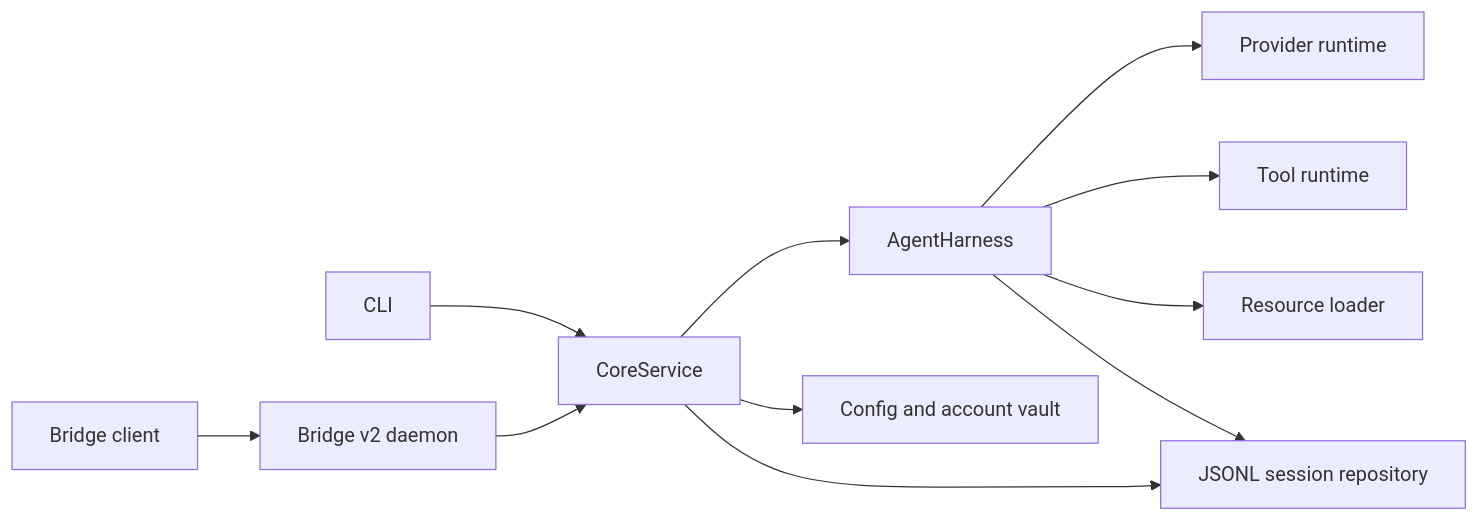
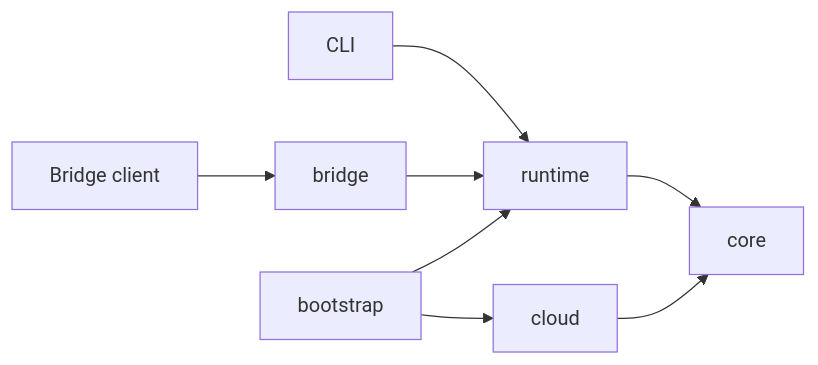
Before and after one commit to AetherHeart-AI/Aeloon-runtime: the diagram in docs/architecture.md, drawn with Mermaid. The commit also changed other lines of this file and 52 other files, not shown here.

````diff
--- a/docs/architecture.md
+++ b/docs/architecture.md
@@ -6,13 +5,10 @@
 ```mermaid
 flowchart LR
-    CLI["CLI"] --> Service["CoreService"]
-    Client["Bridge client"] --> Bridge["Bridge v2 daemon"]
-    Bridge --> Service
-    Service --> Harness["AgentHarness"]
-    Service --> Config["Config and account vault"]
-    Service --> Sessions["JSONL session repository"]
-    Harness --> Provider["Provider runtime"]
-    Harness --> Tools["Tool runtime"]
-    Harness --> Resources["Resource loader"]
-    Harness --> Sessions
+    CLI["CLI"] --> Runtime["runtime"]
+    Client["Bridge client"] --> Bridge["bridge"]
+    Bridge --> Runtime
+    Runtime --> Core["core"]
+    Cloud["cloud"] --> Core
+    Bootstrap["bootstrap"] --> Runtime
+    Bootstrap --> Cloud
 ```
````
